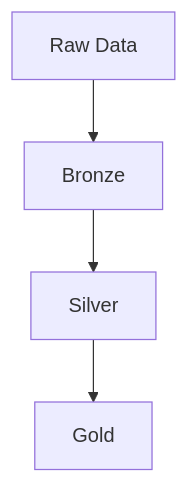
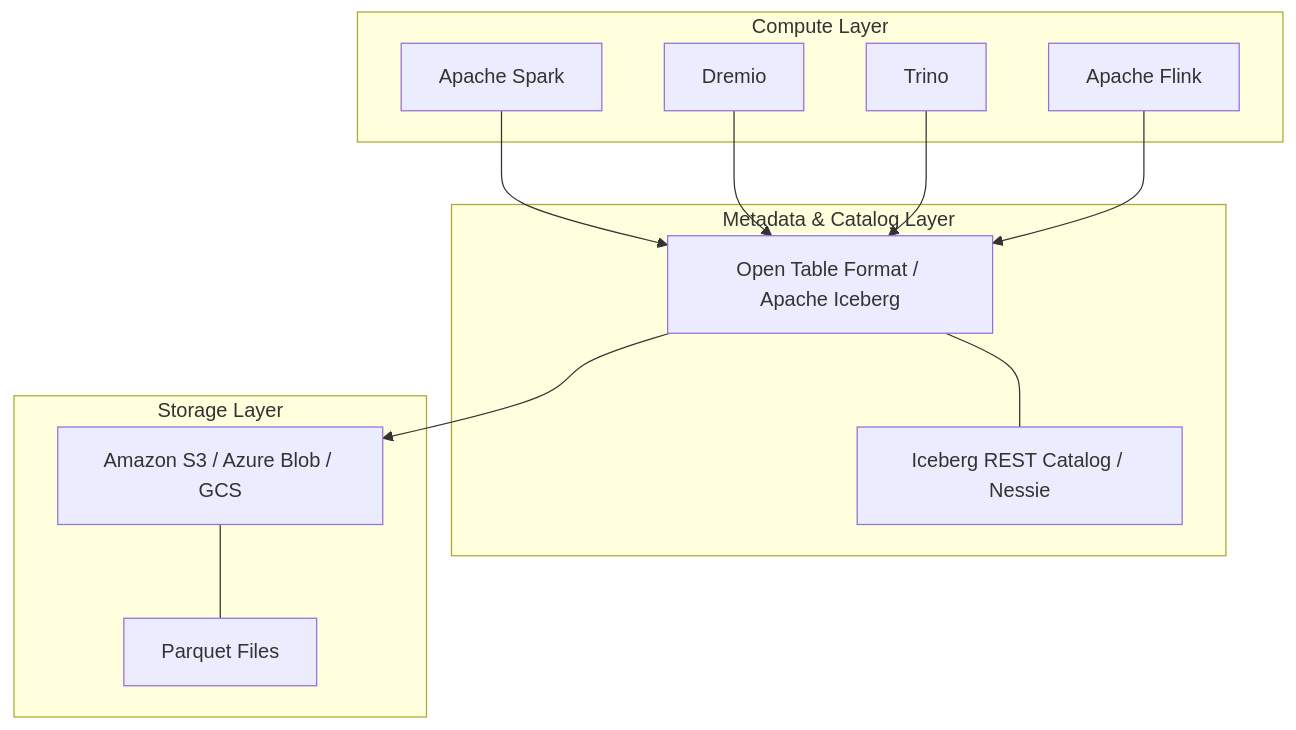
The first of 2 diagrams in src/content/kb/data-lakehouse.md (AlexMercedCoder/openlakehouse_com), drawn with Mermaid before and after one commit. The commit also changed other lines of this file, not shown here.

Commit message:
Add Term 1: Data Lakehouse to Knowledge Base

````diff
--- a/src/content/kb/data-lakehouse.md
+++ b/src/content/kb/data-lakehouse.md
@@ -18,6 +26,27 @@
 ```mermaid
 graph TD
-    A[Raw Data] --> B[Bronze]
-    B --> C[Silver]
-    C --> D[Gold]
+    subgraph Compute Layer
+        A[Apache Spark]
+        B[Dremio]
+        C[Trino]
+        D[Apache Flink]
+    end
+
+    subgraph Metadata & Catalog Layer
+        E[Open Table Format / Apache Iceberg]
+        F[Iceberg REST Catalog / Nessie]
+        E --- F
+    end
+
+    subgraph Storage Layer
+        G[Amazon S3 / Azure Blob / GCS]
+        H[Parquet Files]
+        G --- H
+    end
+
+    A --> E
+    B --> E
+    C --> E
+    D --> E
+    E --> G
 ```
````
